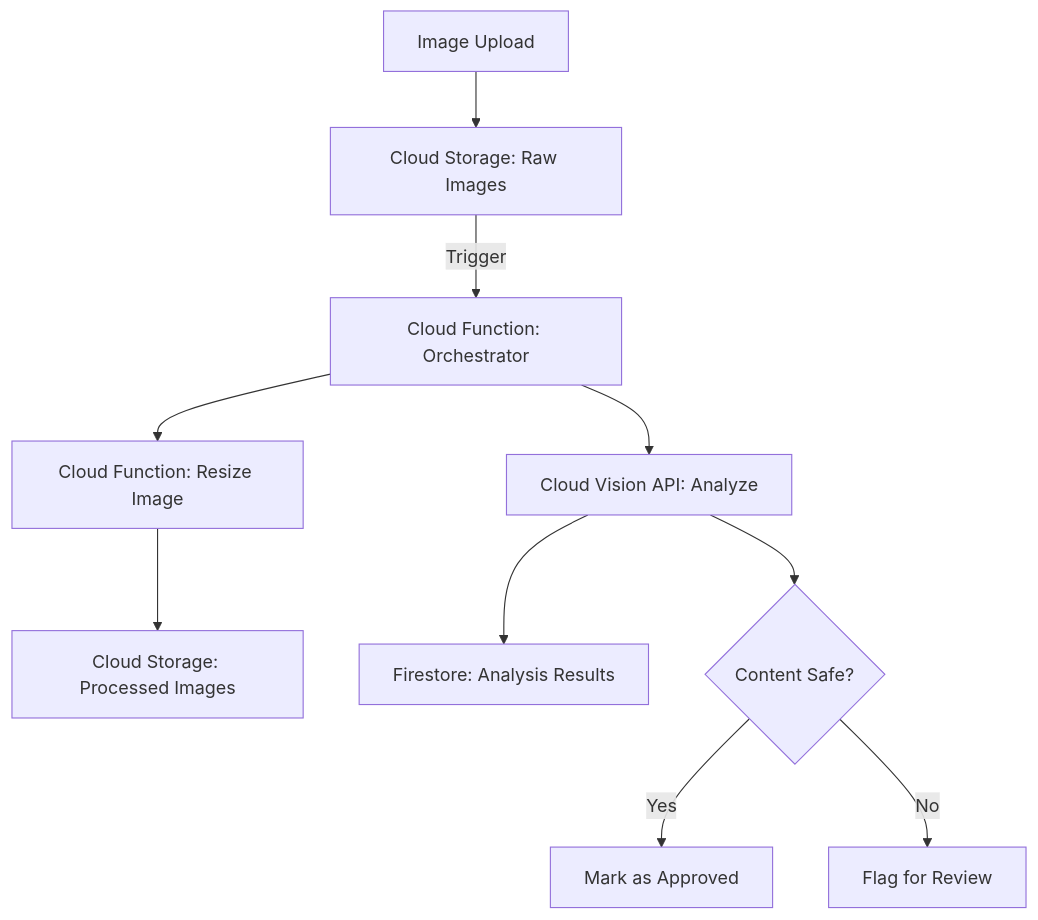
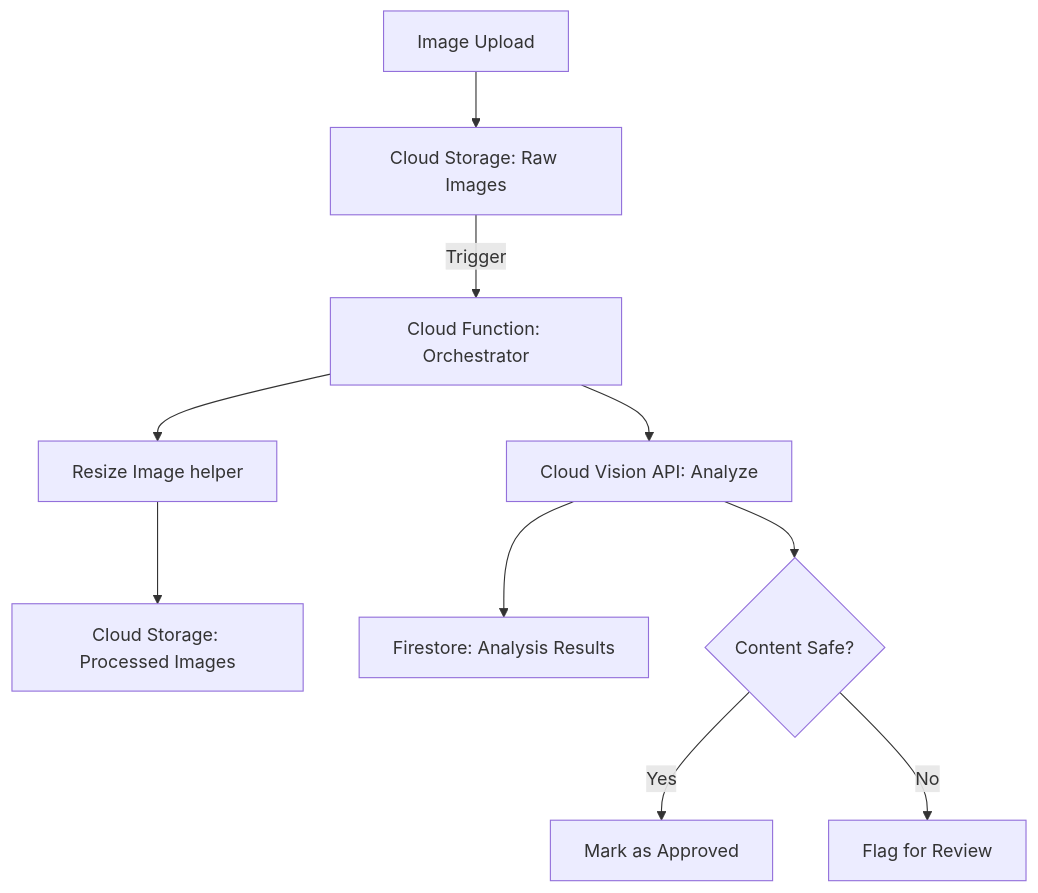
The diagram in posts/2026-02-17-how-to-build-a-serverless-image-processing-pipeline-using-cloud-functions-and-cloud-vision-api/README.md (OneUptime/blog), drawn with Mermaid before and after one commit. The commit also changed other lines of this file and 2 other files, not shown here.

Commit message:
validate: 2026-02-17-how-to-build-a-serverless-image-processing-pipeline-using-cloud-functions-and-cloud-vision-api

````diff
--- a/posts/2026-02-17-how-to-build-a-serverless-image-processing-pipeline-using-cloud-functions-and-cloud-vision-api/README.md
+++ b/posts/2026-02-17-how-to-build-a-serverless-image-processing-pipeline-using-cloud-functions-and-cloud-vision-api/README.md
@@ -17,12 +17,12 @@
 ```mermaid
 graph TD
     A[Image Upload] --> B[Cloud Storage: Raw Images]
     B -->|Trigger| C[Cloud Function: Orchestrator]
-    C --> D[Cloud Function: Resize Image]
+    C --> D[Resize Image helper]
     C --> E[Cloud Vision API: Analyze]
     D --> F[Cloud Storage: Processed Images]
     E --> G[Firestore: Analysis Results]
     E --> H{Content Safe?}
     H -->|Yes| I[Mark as Approved]
     H -->|No| J[Flag for Review]
 ```
````
